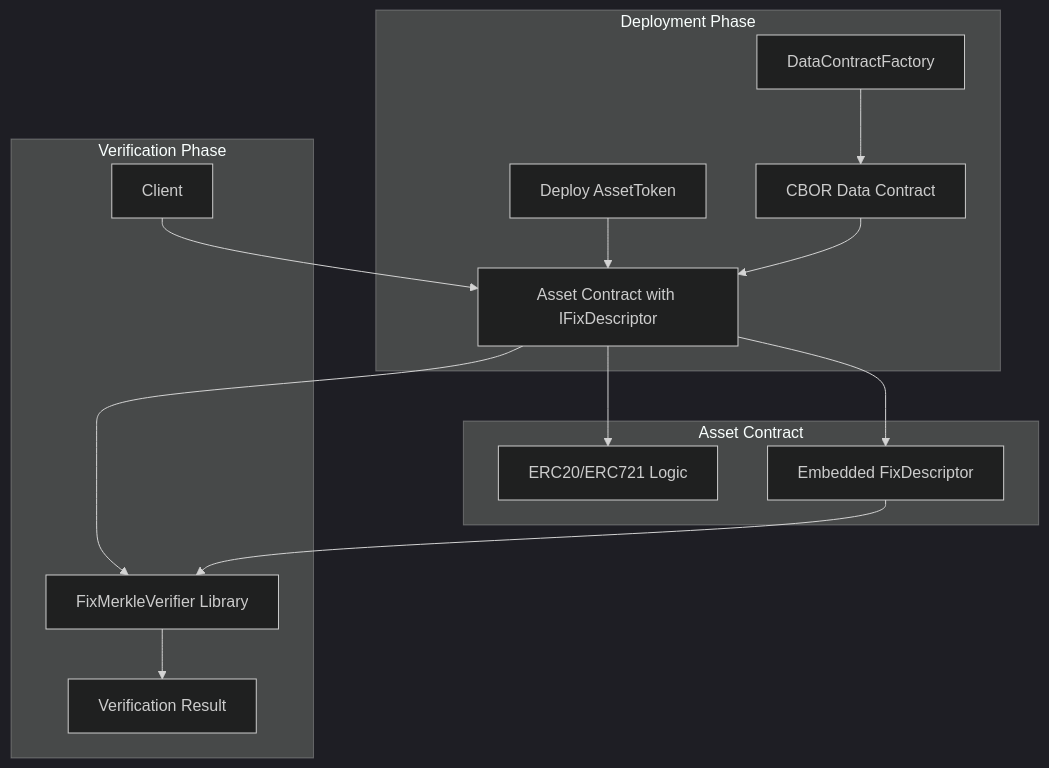
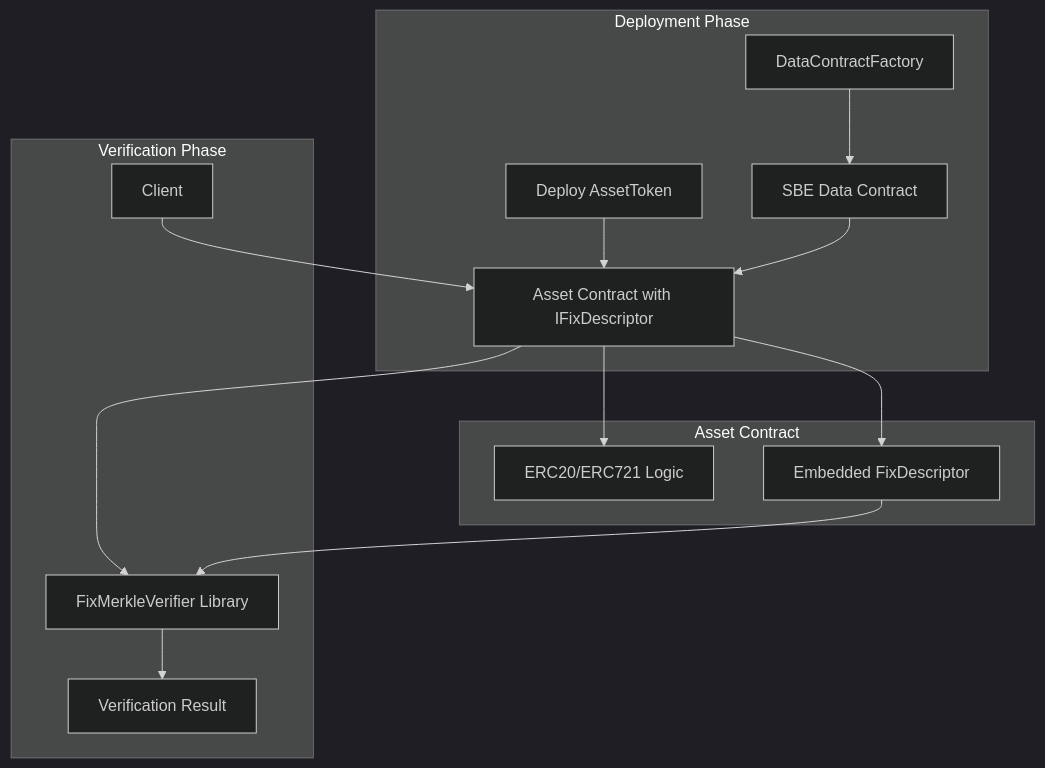
The fifth of 7 diagrams in docs/architecture.md (swapnilraj/fix-descriptor), drawn with Mermaid (dark theme) before and after one commit. The commit also changed other lines of this file and 13 other files, not shown here.

````diff
--- a/docs/architecture.md
+++ b/docs/architecture.md
@@ -229,20 +230,20 @@
 ```mermaid
 graph TB
     subgraph "Deployment Phase"
-        A[DataContractFactory] --> B[CBOR Data Contract]
+        A[DataContractFactory] --> B[SBE Data Contract]
         C[Deploy AssetToken] --> D[Asset Contract with IFixDescriptor]
         B --> D
     end
     
     subgraph "Verification Phase"
         E[Client] --> D
         D --> F[FixMerkleVerifier Library]
         F --> G[Verification Result]
     end
     
     subgraph "Asset Contract"
         D --> H[ERC20/ERC721 Logic]
         D --> I[Embedded FixDescriptor]
         I --> F
     end
 ```
````
